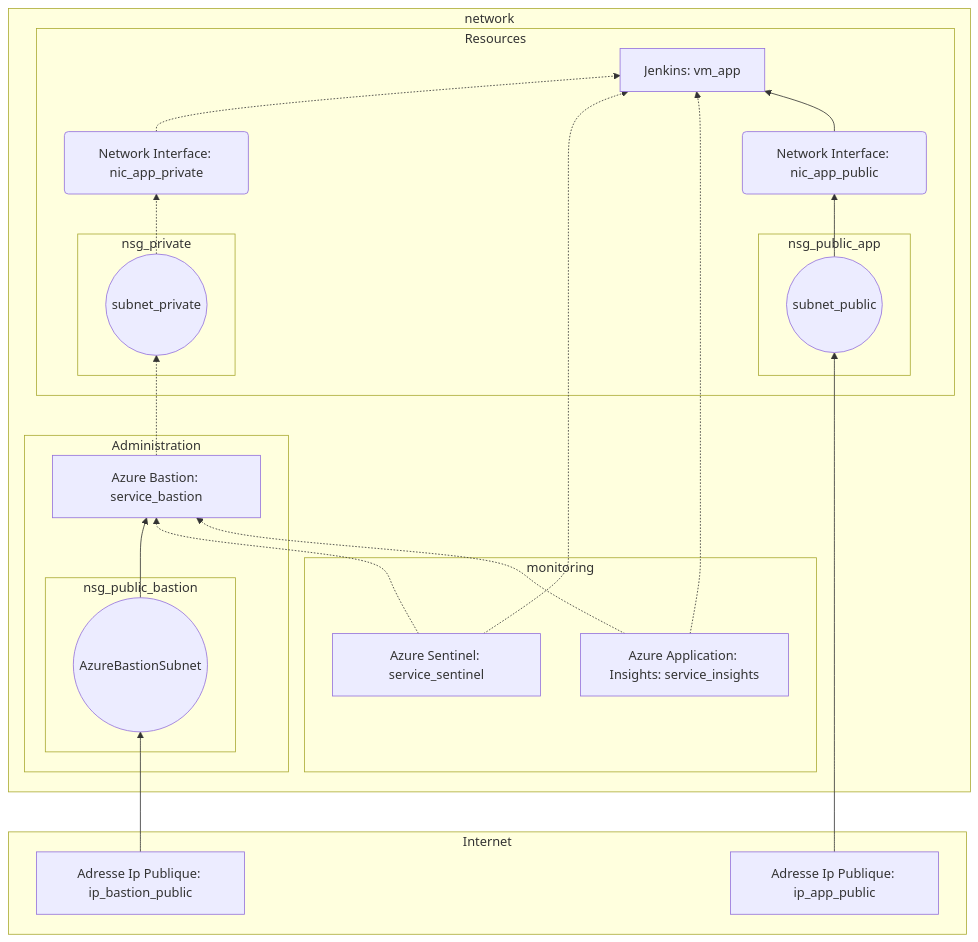
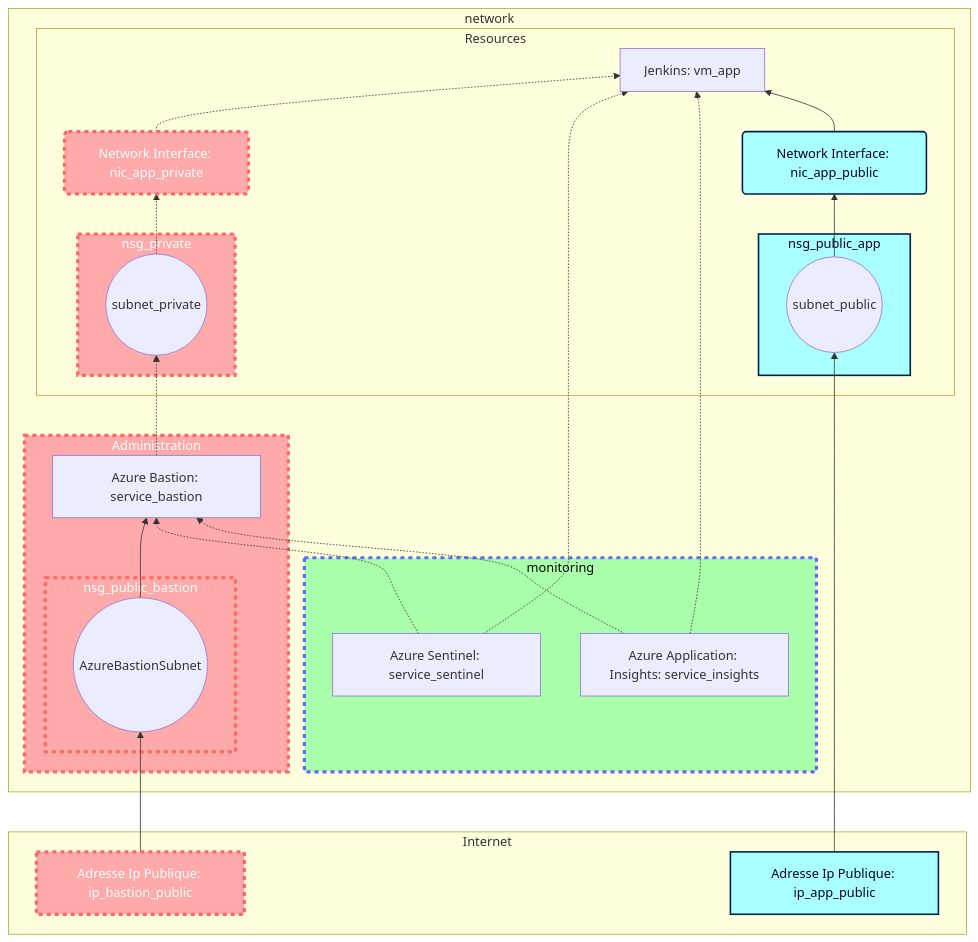
Before and after one commit to b-quentin/simplon_brief3: the diagram in README.md, drawn with Mermaid. The commit also changed other lines of this file and 1 other file, not shown here.

Commit message:
Ajout de la coloration de luna dans le README.md Suppréssion de topologie color

````diff
--- a/README.md
+++ b/README.md
@@ -10,65 +11,67 @@
 ```mermaid
 graph BT
     subgraph Internet
         ip_bastion_public[Adresse Ip Publique: ip_bastion_public]
         ip_app_public[Adresse Ip Publique: ip_app_public]
     end
 
 
     ip_bastion_public --> subnet_bastion
     ip_app_public --> subnet_public_app
 
     subnet_public_app --> nic_app_public
     subnet_bastion --> service_bastion
 
 
 
 
     subgraph network
         subgraph Administration
             subgraph nsg_public_bastion
                 subnet_bastion((AzureBastionSubnet))
             end
 
             service_bastion[Azure Bastion: service_bastion]
 
         end
 
         subgraph monitoring
             service_sentinel[Azure Sentinel: service_sentinel]
             service_insights[Azure Application: Insights: service_insights]
         end
 
         subgraph Resources
             subgraph nsg_private
                 subnet_private((subnet_private))
             end
 
             subgraph nsg_public_app
                     subnet_public_app((subnet_public))
             end
 
             vm_app[Jenkins: vm_app]
             nic_app_public(Network Interface: nic_app_public)
             nic_app_private(Network Interface: nic_app_private)
 
-
             service_bastion -.-> subnet_private
             subnet_private -.-> nic_app_private
             nic_app_private -.-> vm_app
 
             service_sentinel -.-> vm_app
             service_sentinel -.-> service_bastion
 
             service_insights -.-> vm_app
             service_insights -.-> service_bastion
         end
 
+        nic_app_public --> vm_app
+    end
 
+    classDef primary fill:#faa,stroke:#f66,stroke-width:4px,color:#fff,stroke-dasharray: 5 5;
+    class ip_bastion_public,Administration,nsg_public_bastion,nsg_private,nic_app_private, primary;
+    classDef secondary fill:#aff,stroke:#025,stroke-width:2px,color:#003;
+    class ip_app_public,nsg_public_app,nic_app_public, secondary;
+    classDef tertiary fill:#afa,stroke:#66f,stroke-width:4px,color:#000,stroke-dasharray: 5 5;
+    class monitoring,BBBB,CCCC, tertiary;
 
-        nic_app_public --> vm_app
-
-
-
-    end
 ```
````
